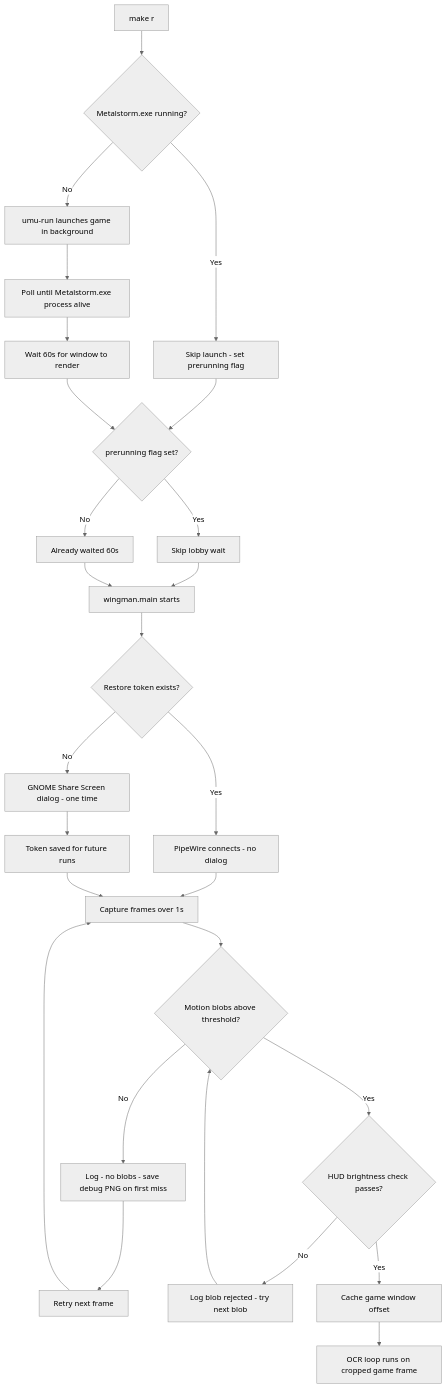
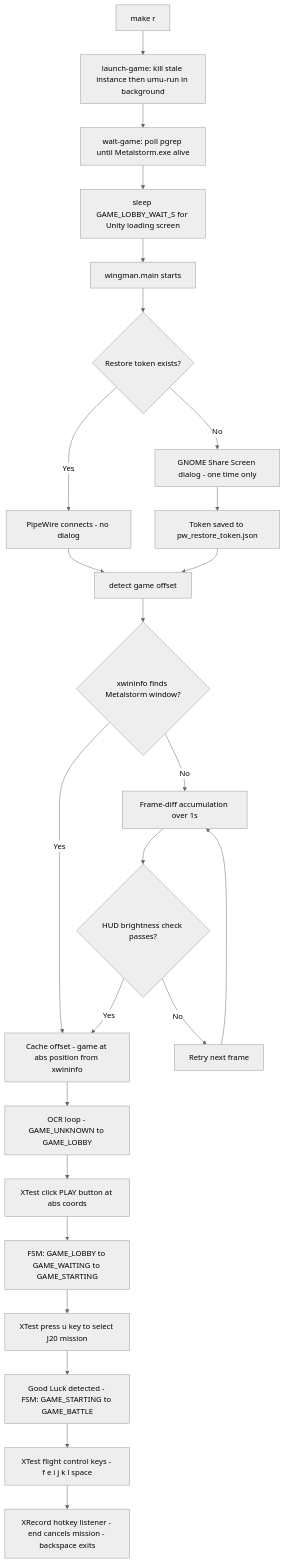
One commit to mhouse1/wingman changed the diagram in docs/adr/053-linux-one-command-launch.md. Above: the diagram before and after it, drawn with Mermaid (neutral theme). The commit also changed other lines of this file and 10 other files, not shown here.

````diff
--- a/docs/adr/053-linux-one-command-launch.md
+++ b/docs/adr/053-linux-one-command-launch.md
@@ -153,29 +292,27 @@
 ```mermaid
 flowchart TD
-    A[make r] --> B{Metalstorm.exe running?}
-    B -- Yes --> C[Skip launch - set prerunning flag]
-    B -- No --> D[umu-run launches game in background]
-    C --> E{prerunning flag set?}
-    D --> F[Poll until Metalstorm.exe process alive]
-    F --> G[Wait 60s for window to render]
-    G --> E
-    E -- Yes --> H[Skip lobby wait]
-    E -- No --> I[Already waited 60s]
-    H --> J[wingman.main starts]
+    A[make r] --> B[launch-game: kill stale instance then umu-run in background]
+    B --> C[wait-game: poll pgrep until Metalstorm.exe alive]
+    C --> D[sleep GAME_LOBBY_WAIT_S for Unity loading screen]
+    D --> E[wingman.main starts]
+    E --> F{Restore token exists?}
+    F -- Yes --> G[PipeWire connects - no dialog]
+    F -- No --> H[GNOME Share Screen dialog - one time only]
+    H --> I[Token saved to pw_restore_token.json]
+    G --> J[detect game offset]
     I --> J
-    J --> K{Restore token exists?}
-    K -- Yes --> L[PipeWire connects - no dialog]
-    K -- No --> M[GNOME Share Screen dialog - one time]
-    M --> N[Token saved for future runs]
-    L --> O[Capture frames over 1s]
-    N --> O
-    O --> P{Motion blobs above threshold?}
-    P -- No --> Q[Log - no blobs - save debug PNG on first miss]
-    Q --> R[Retry next frame]
-    R --> O
-    P -- Yes --> S{HUD brightness check passes?}
-    S -- No --> T[Log blob rejected - try next blob]
-    T --> P
-    S -- Yes --> U[Cache game window offset]
-    U --> V[OCR loop runs on cropped game frame]
+    J --> K{xwininfo finds Metalstorm window?}
+    K -- Yes --> L[Cache offset - game at abs position from xwininfo]
+    K -- No --> M[Frame-diff accumulation over 1s]
+    M --> N{HUD brightness check passes?}
+    N -- No --> O[Retry next frame]
+    O --> M
+    N -- Yes --> L
+    L --> P[OCR loop - GAME_UNKNOWN to GAME_LOBBY]
+    P --> Q[XTest click PLAY button at abs coords]
+    Q --> R[FSM: GAME_LOBBY to GAME_WAITING to GAME_STARTING]
+    R --> S[XTest press u key to select J20 mission]
+    S --> T[Good Luck detected - FSM: GAME_STARTING to GAME_BATTLE]
+    T --> U[XTest flight control keys - f e i j k l space]
+    U --> V[XRecord hotkey listener - end cancels mission - backspace exits]
 ```
````
